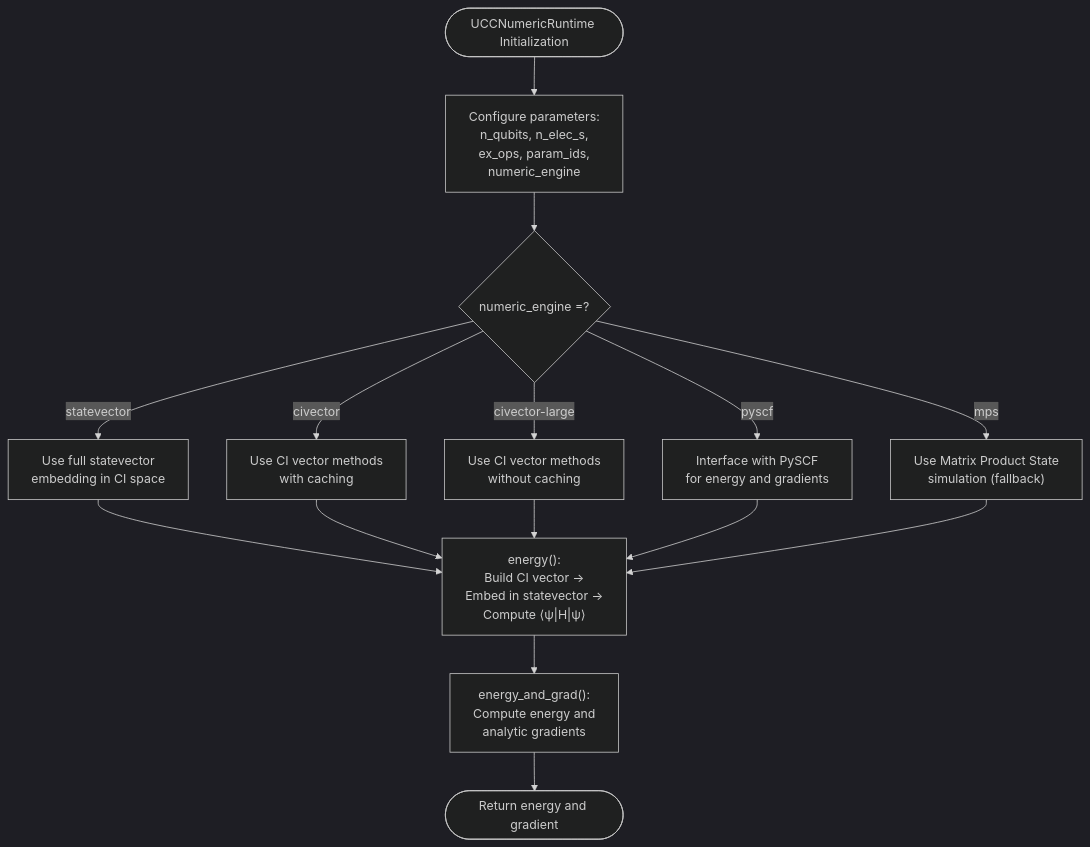
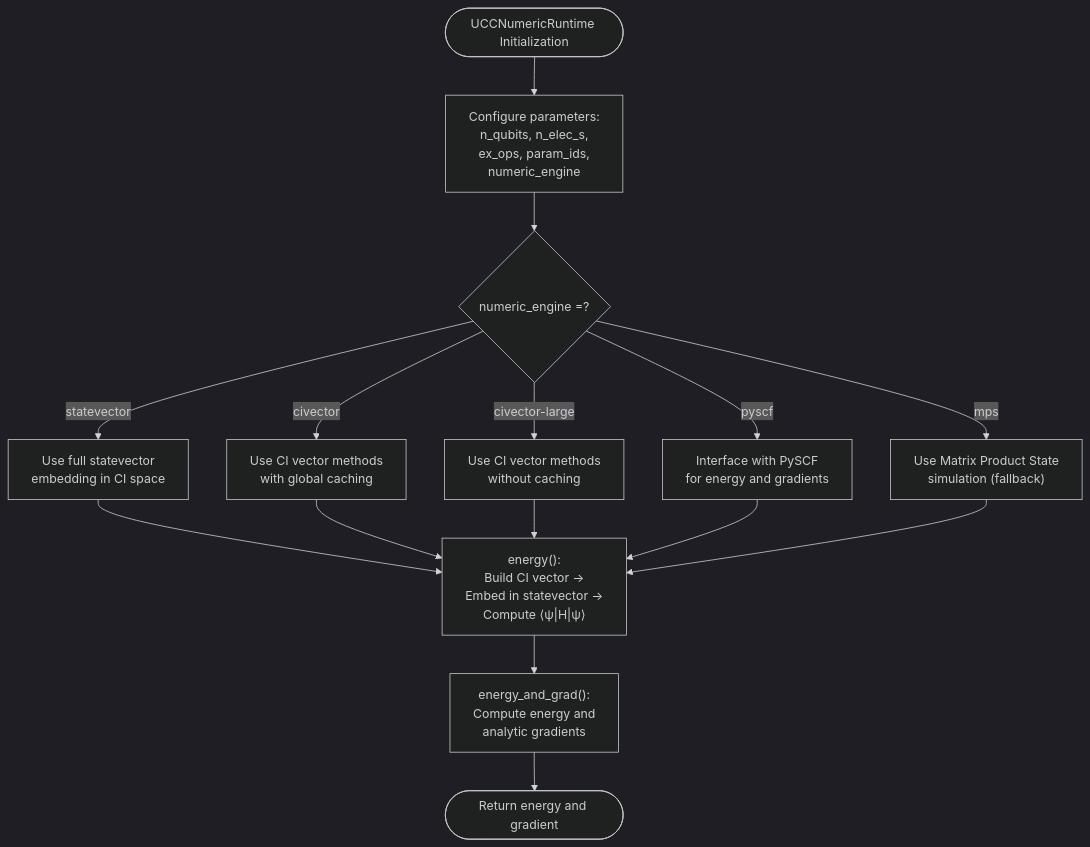
Before and after one commit to QureGenAI-Biotech/TyxonQ: the fourth of 6 diagrams in .qoder/repowiki/en/content/Quantum Chemistry Applications/Execution Runtimes/Execution Runtimes.md, drawn with Mermaid (dark theme). The commit also changed other lines of this file and 516 other files, not shown here.

````diff
--- a/.qoder/repowiki/en/content/Quantum Chemistry Applications/Execution Runtimes/Execution Runtimes.md
+++ b/.qoder/repowiki/en/content/Quantum Chemistry Applications/Execution Runtimes/Execution Runtimes.md
@@ -169,17 +188,17 @@
 ```mermaid
 flowchart TD
 Start([UCCNumericRuntime Initialization]) --> Config["Configure parameters:<br/>n_qubits, n_elec_s,<br/>ex_ops, param_ids,<br/>numeric_engine"]
 Config --> EngineCheck{"numeric_engine =?"}
 EngineCheck --> |statevector| StatevectorPath["Use full statevector<br/>embedding in CI space"]
-EngineCheck --> |civector| CIPath["Use CI vector methods<br/>with caching"]
+EngineCheck --> |civector| CIPath["Use CI vector methods<br/>with global caching"]
 EngineCheck --> |civector-large| CILargePath["Use CI vector methods<br/>without caching"]
 EngineCheck --> |pyscf| PySCFPath["Interface with PySCF<br/>for energy and gradients"]
 EngineCheck --> |mps| MPSPath["Use Matrix Product State<br/>simulation (fallback)"]
 StatevectorPath --> EnergyCalc["energy():<br/>Build CI vector →<br/>Embed in statevector →<br/>Compute ⟨ψ|H|ψ⟩"]
 CIPath --> EnergyCalc
 CILargePath --> EnergyCalc
 PySCFPath --> EnergyCalc
 MPSPath --> EnergyCalc
 EnergyCalc --> GradCalc["energy_and_grad():<br/>Compute energy and<br/>analytic gradients"]
 GradCalc --> End([Return energy and gradient])
 ```
````
